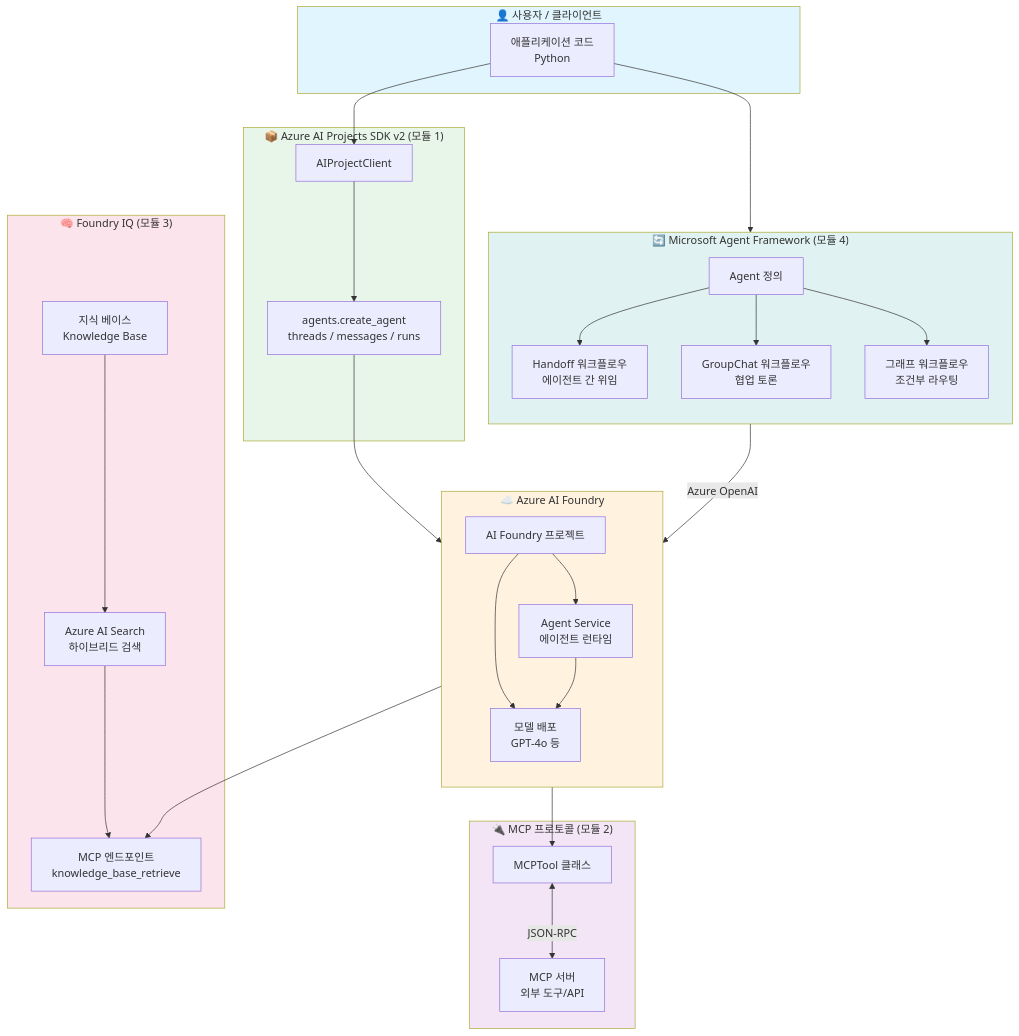
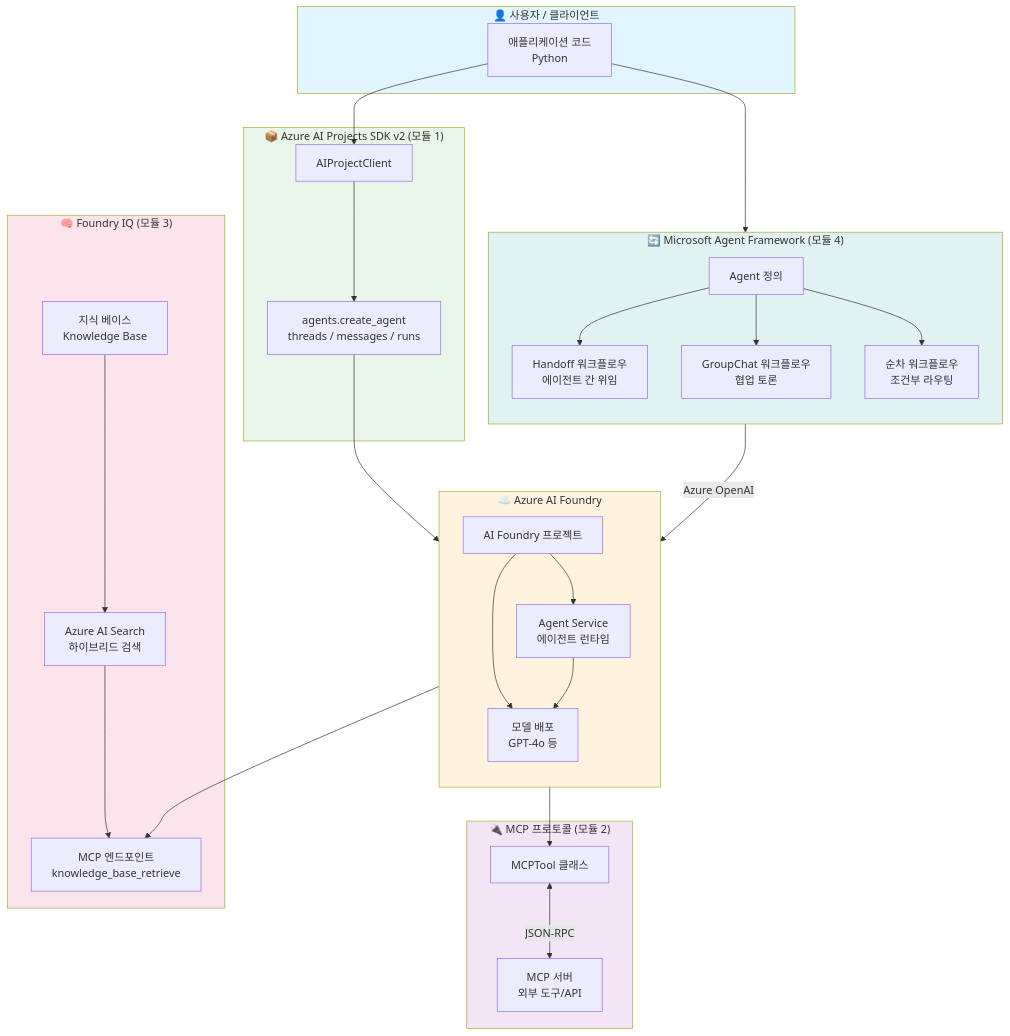
Before and after one commit to junwoojeong100/copilot-cli-foundry-agents: the first of 5 diagrams in docs/architecture.md, drawn with Mermaid. The commit also changed other lines of this file and 11 other files, not shown here.

````diff
--- a/docs/architecture.md
+++ b/docs/architecture.md
@@ -7,63 +7,63 @@
 ```mermaid
 graph TB
     subgraph User["👤 사용자 / 클라이언트"]
         APP[애플리케이션 코드<br/>Python]
     end
 
     subgraph Foundry["☁️ Azure AI Foundry"]
         direction TB
         PROJECT[AI Foundry 프로젝트]
         AGENT_SERVICE[Agent Service<br/>에이전트 런타임]
         MODEL[모델 배포<br/>GPT-4o 등]
         
         PROJECT --> AGENT_SERVICE
         PROJECT --> MODEL
         AGENT_SERVICE --> MODEL
     end
 
     subgraph SDK["📦 Azure AI Projects SDK v2 (모듈 1)"]
         CLIENT[AIProjectClient]
         AGENT_API[agents.create_agent<br/>threads / messages / runs]
         CLIENT --> AGENT_API
     end
 
     subgraph MCP_Layer["🔌 MCP 프로토콜 (모듈 2)"]
         MCP_TOOL[MCPTool 클래스]
         MCP_SERVER[MCP 서버<br/>외부 도구/API]
         MCP_TOOL <-->|JSON-RPC| MCP_SERVER
     end
 
     subgraph IQ["🧠 Foundry IQ (모듈 3)"]
         KB[지식 베이스<br/>Knowledge Base]
         SEARCH[Azure AI Search<br/>하이브리드 검색]
         MCP_KB[MCP 엔드포인트<br/>knowledge_base_retrieve]
         KB --> SEARCH
         SEARCH --> MCP_KB
     end
 
     subgraph MAF["🔄 Microsoft Agent Framework (모듈 4)"]
         direction TB
         AF_AGENT[Agent 정의]
         HANDOFF[Handoff 워크플로우<br/>에이전트 간 위임]
         GROUPCHAT[GroupChat 워크플로우<br/>협업 토론]
-        GRAPH[그래프 워크플로우<br/>조건부 라우팅]
+        GRAPH[순차 워크플로우<br/>조건부 라우팅]
         
         AF_AGENT --> HANDOFF
         AF_AGENT --> GROUPCHAT
         AF_AGENT --> GRAPH
     end
 
     APP --> CLIENT
     APP --> AF_AGENT
     AGENT_API --> AGENT_SERVICE
     AGENT_SERVICE --> MCP_TOOL
     AGENT_SERVICE --> MCP_KB
     MAF -->|Azure OpenAI| MODEL
 
     style User fill:#e1f5fe
     style Foundry fill:#fff3e0
     style SDK fill:#e8f5e9
     style MCP_Layer fill:#f3e5f5
     style IQ fill:#fce4ec
     style MAF fill:#e0f2f1
 ```
````
